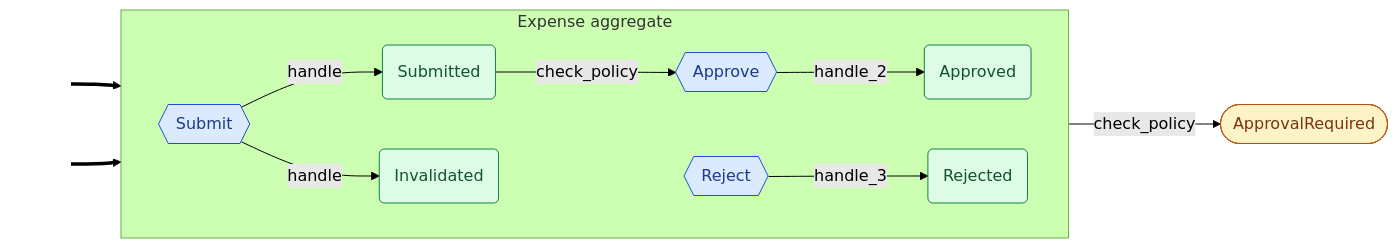
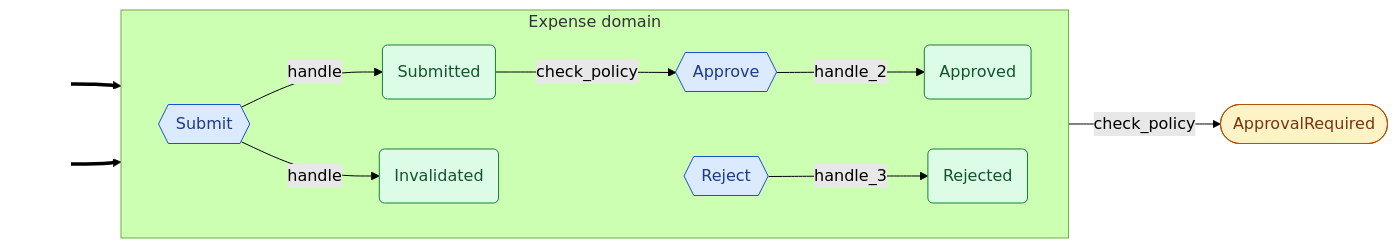
The third of 8 diagrams in docs/patterns.md (cadance-io/langgraph-events), drawn with Mermaid (forest theme) before and after one commit. The commit also changed other lines of this file and 43 other files, not shown here.

First line of the commit message:
feat: rename Aggregate→Domain, add post-command invariant check, reroute invariants in mermaid

````diff
--- a/docs/patterns.md
+++ b/docs/patterns.md
@@ -122,29 +124,29 @@
     ```mermaid
     graph LR
         classDef entry fill:none,stroke:none,color:none
         classDef cmd fill:#dbeafe,stroke:#1d4ed8,color:#1e3a8a
         classDef devt fill:#dcfce7,stroke:#15803d,color:#14532d
         classDef intg fill:#ede9fe,stroke:#6d28d9,color:#4c1d95
         classDef syst fill:#fef3c7,stroke:#b45309,color:#78350f
         classDef halt fill:#fef3c7,stroke:#b45309,color:#78350f,stroke-width:3px,stroke-dasharray:4 2
         classDef inv fill:#ffedd5,stroke:#c2410c,color:#7c2d12
-        subgraph Expense["Expense aggregate"]
+        subgraph Expense["Expense domain"]
             direction LR
             Approve{{Approve}}:::cmd
             Approved(Approved):::devt
             Invalidated(Invalidated):::devt
             Reject{{Reject}}:::cmd
             Rejected(Rejected):::devt
             Submit{{Submit}}:::cmd
             Submitted(Submitted):::devt
         end
         ApprovalRequired([ApprovalRequired]):::syst
         _e0_[ ]:::entry ==> Reject
         _e1_[ ]:::entry ==> Submit
         Submit -->|handle| Submitted
         Submit -->|handle| Invalidated
         Approve -->|handle_2| Approved
         Reject -->|handle_3| Rejected
         Submitted -->|check_policy| Approve
         Submitted -->|check_policy| ApprovalRequired
     ```
````
